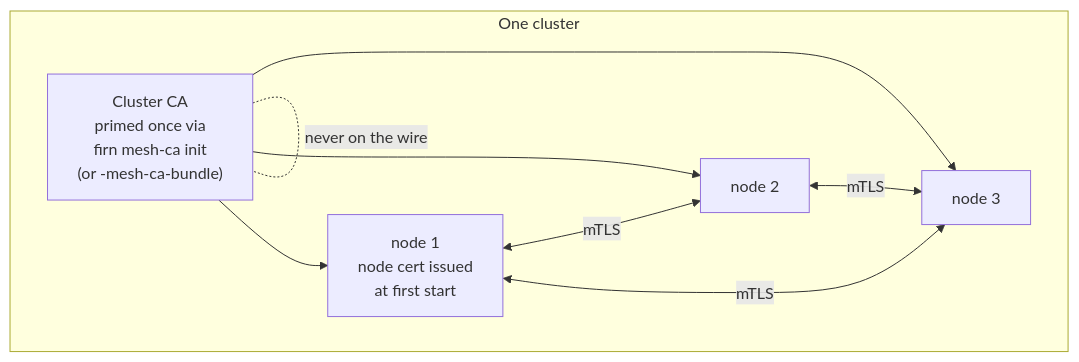
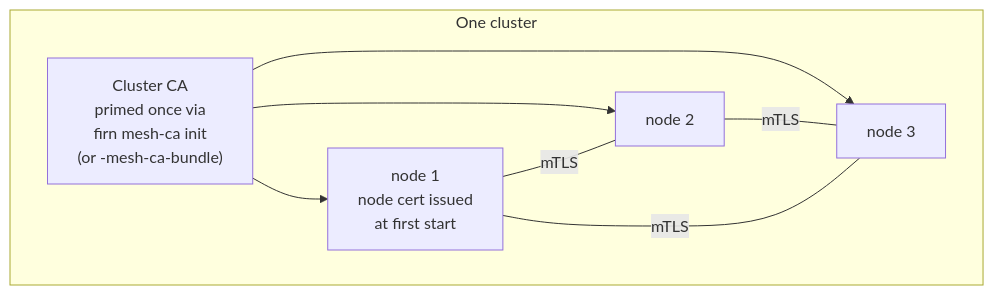
The seventh of 14 diagrams in docs/adr/012-architecture.md (rahulkj/firn), drawn with Mermaid before and after one commit. The commit also changed other lines of this file, not shown here.

First line of the commit message:
docs(adr-012): fix invalid Mermaid syntax

````diff
--- a/docs/adr/012-architecture.md
+++ b/docs/adr/012-architecture.md
@@ -270,17 +270,16 @@
 ```mermaid
 flowchart LR
-    subgraph cluster[One cluster]
+    subgraph cluster["One cluster"]
         direction LR
         ca["Cluster CA<br/>primed once via<br/>firn mesh-ca init<br/>(or -mesh-ca-bundle)"]
         n1["node 1<br/>node cert issued<br/>at first start"]
         n2["node 2"]
         n3["node 3"]
         ca --> n1
         ca --> n2
         ca --> n3
-        n1 <-- mTLS --> n2
-        n2 <-- mTLS --> n3
-        n1 <-- mTLS --> n3
+        n1 ---|mTLS| n2
+        n2 ---|mTLS| n3
+        n1 ---|mTLS| n3
     end
-    ca -. never on the wire .- ca
 ```
````
